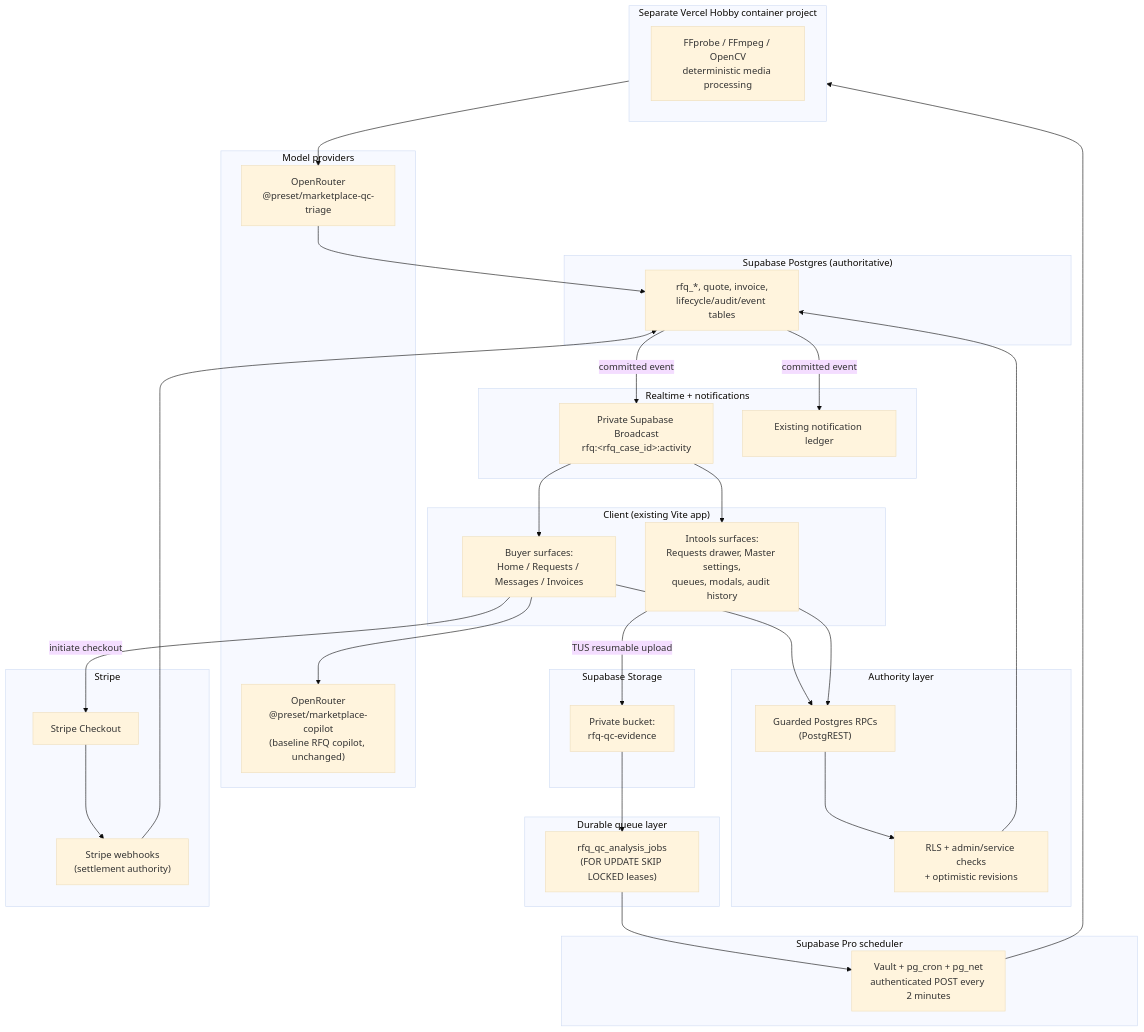
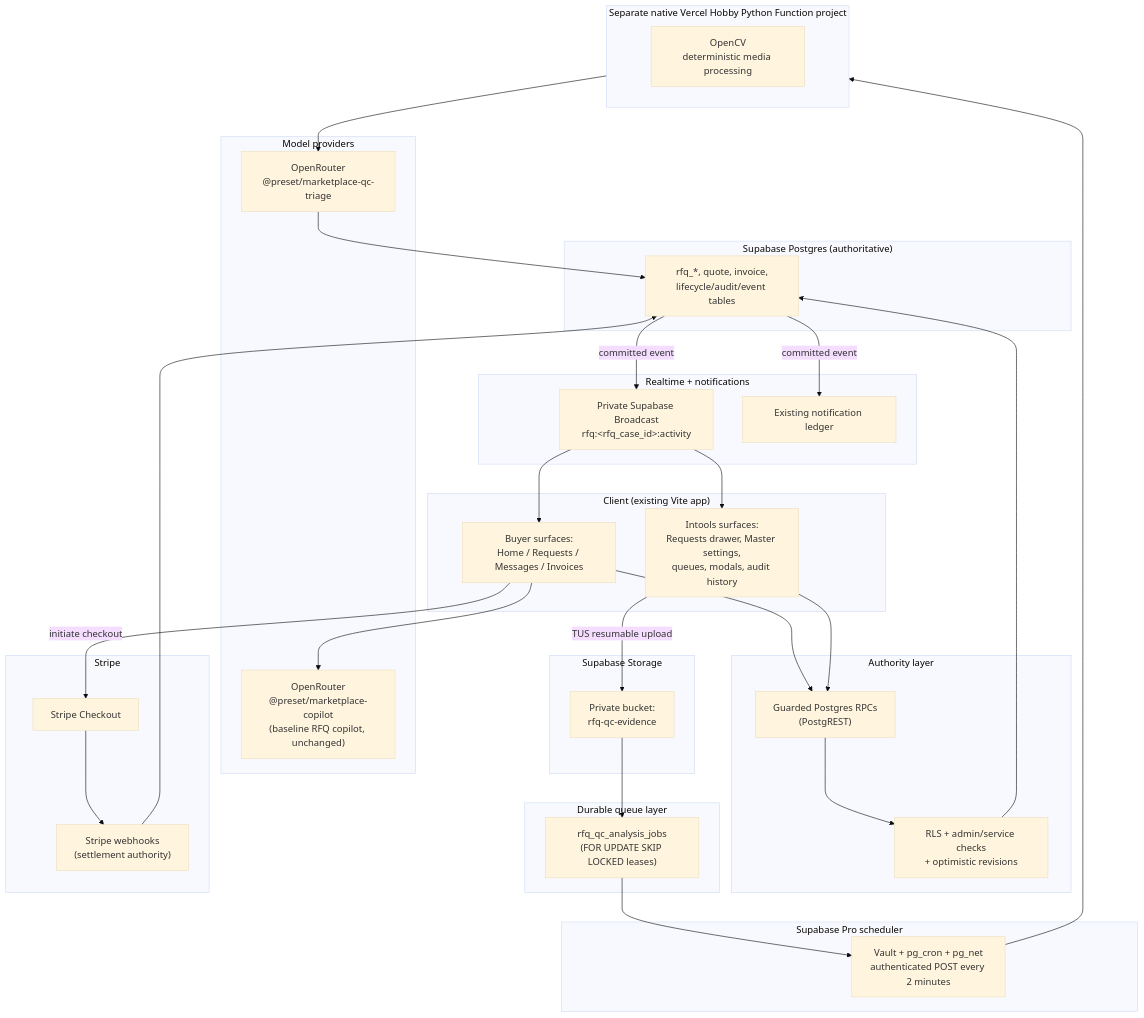
One commit to jun850/ai-sourcing-agents changed the first of 3 diagrams in docs/TRD.md. Above: the diagram before and after it, drawn with Mermaid (base theme). The commit also changed other lines of this file and 11 other files, not shown here.

Commit message:
fix(qc): use native Vercel worker

````diff
--- a/docs/TRD.md
+++ b/docs/TRD.md
@@ -14,64 +14,64 @@
 ```mermaid
 flowchart TB
     subgraph Client["Client (existing Vite app)"]
         BuyerUI["Buyer surfaces:<br/>Home / Requests / Messages / Invoices"]
         IntoolsUI["Intools surfaces:<br/>Requests drawer, Master settings,<br/>queues, modals, audit history"]
     end
 
     subgraph Authority["Authority layer"]
         RPC["Guarded Postgres RPCs<br/>(PostgREST)"]
         RLS["RLS + admin/service checks<br/>+ optimistic revisions"]
     end
 
     subgraph DB["Supabase Postgres (authoritative)"]
         Tables["rfq_*, quote, invoice,<br/>lifecycle/audit/event tables"]
     end
 
     subgraph Storage["Supabase Storage"]
         Bucket["Private bucket:<br/>rfq-qc-evidence"]
     end
 
     subgraph Queue["Durable queue layer"]
         Jobs["rfq_qc_analysis_jobs<br/>(FOR UPDATE SKIP LOCKED leases)"]
     end
 
     subgraph Scheduler["Supabase Pro scheduler"]
         Cron["Vault + pg_cron + pg_net<br/>authenticated POST every 2 minutes"]
     end
 
-    subgraph Worker["Separate Vercel Hobby container project"]
-        FFmpeg["FFprobe / FFmpeg / OpenCV<br/>deterministic media processing"]
+    subgraph Worker["Separate native Vercel Hobby Python Function project"]
+        OpenCV["OpenCV<br/>deterministic media processing"]
     end
 
     subgraph AI["Model providers"]
         OpenRouterQC["OpenRouter<br/>@preset/marketplace-qc-triage"]
         OpenRouterCopilot["OpenRouter<br/>@preset/marketplace-copilot<br/>(baseline RFQ copilot, unchanged)"]
     end
 
     subgraph Realtime["Realtime + notifications"]
         Broadcast["Private Supabase Broadcast<br/>rfq:&lt;rfq_case_id&gt;:activity"]
         Ledger["Existing notification ledger"]
     end
 
     subgraph Payments["Stripe"]
         Checkout["Stripe Checkout"]
         Webhook["Stripe webhooks<br/>(settlement authority)"]
     end
 
     BuyerUI --> RPC
     IntoolsUI --> RPC
     RPC --> RLS --> Tables
     IntoolsUI -- "TUS resumable upload" --> Bucket
     Bucket --> Jobs
     Jobs --> Cron
     Cron --> Worker
     Worker --> OpenRouterQC
     OpenRouterQC --> Tables
     Tables -- "committed event" --> Broadcast
     Tables -- "committed event" --> Ledger
     Broadcast --> BuyerUI
     Broadcast --> IntoolsUI
     BuyerUI -- "initiate checkout" --> Checkout
     Checkout --> Webhook --> Tables
     BuyerUI --> OpenRouterCopilot
 ```
````
